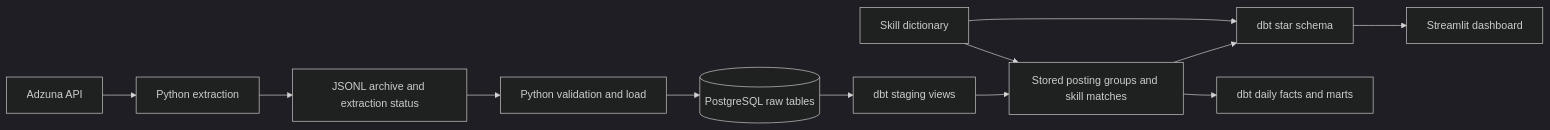
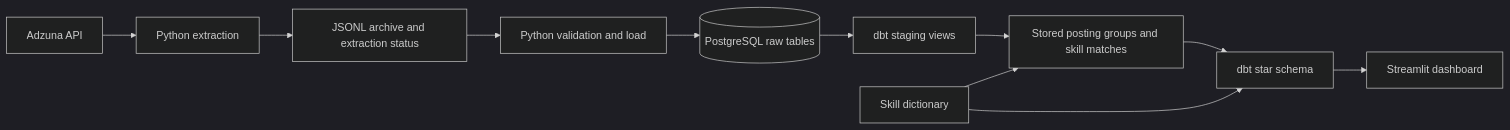
Before and after one commit to oonursoylu/job-market-data-pipeline: the diagram in README.md, drawn with Mermaid (dark theme). The commit also changed other lines of this file and 19 other files, not shown here.

````diff
--- a/README.md
+++ b/README.md
@@ -35,14 +37,13 @@
 ```mermaid
 flowchart LR
     A[Adzuna API] --> B[Python extraction]
     B --> C[JSONL archive and extraction status]
     C --> D[Python validation and load]
     D --> E[(PostgreSQL raw tables)]
     E --> F[dbt staging views]
     F --> G[Stored posting groups and skill matches]
     S[Skill dictionary] --> G
     G --> H[dbt star schema]
     S --> H
-    G --> M[dbt daily facts and marts]
     H --> I[Streamlit dashboard]
 ```
````
